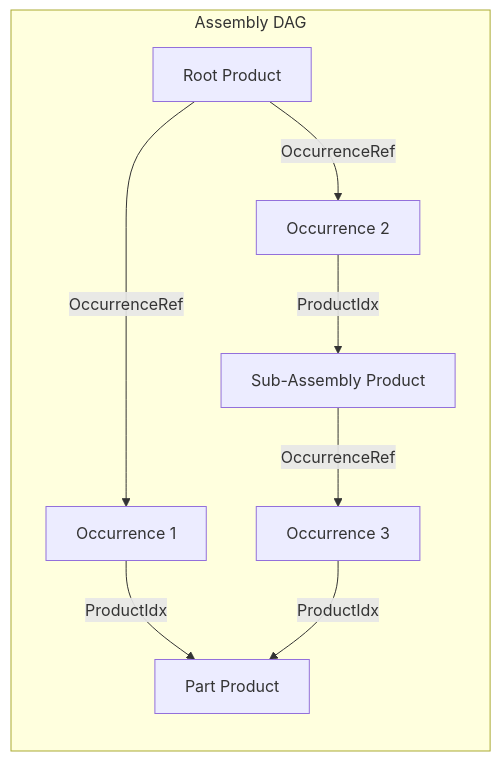
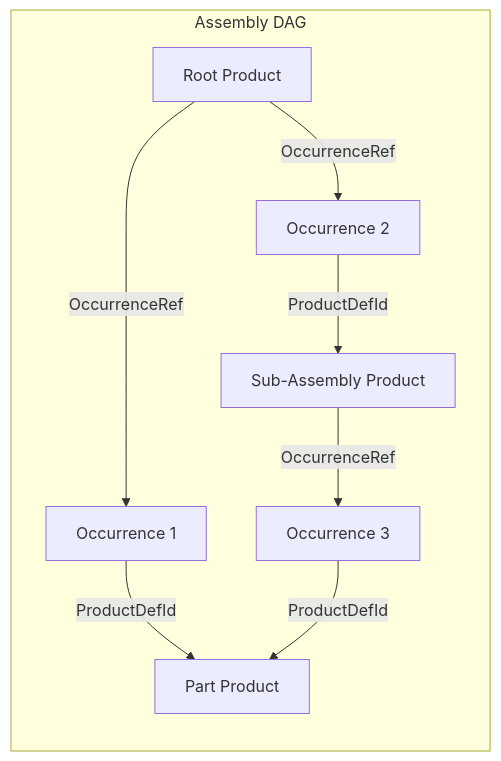
One commit to Open-Cascade-SAS/OCCT changed the fourth of 4 diagrams in src/ModelingData/TKBRep/BRepGraph/README.md. Above: the diagram before and after it, drawn with Mermaid. The commit also changed other lines of this file and 4 other files, not shown here.

````diff
--- a/src/ModelingData/TKBRep/BRepGraph/README.md
+++ b/src/ModelingData/TKBRep/BRepGraph/README.md
@@ -110,18 +125,18 @@
 ```mermaid
 flowchart LR
   subgraph Assembly DAG
     RP[Root Product]
     P1[Part Product]
     P2[Sub-Assembly Product]
     O1[Occurrence 1]
     O2[Occurrence 2]
     O3[Occurrence 3]
   end
 
   RP -->|OccurrenceRef| O1
   RP -->|OccurrenceRef| O2
-  O1 -->|ProductIdx| P1
-  O2 -->|ProductIdx| P2
+  O1 -->|ProductDefId| P1
+  O2 -->|ProductDefId| P2
   P2 -->|OccurrenceRef| O3
-  O3 -->|ProductIdx| P1
+  O3 -->|ProductDefId| P1
 ```
````
